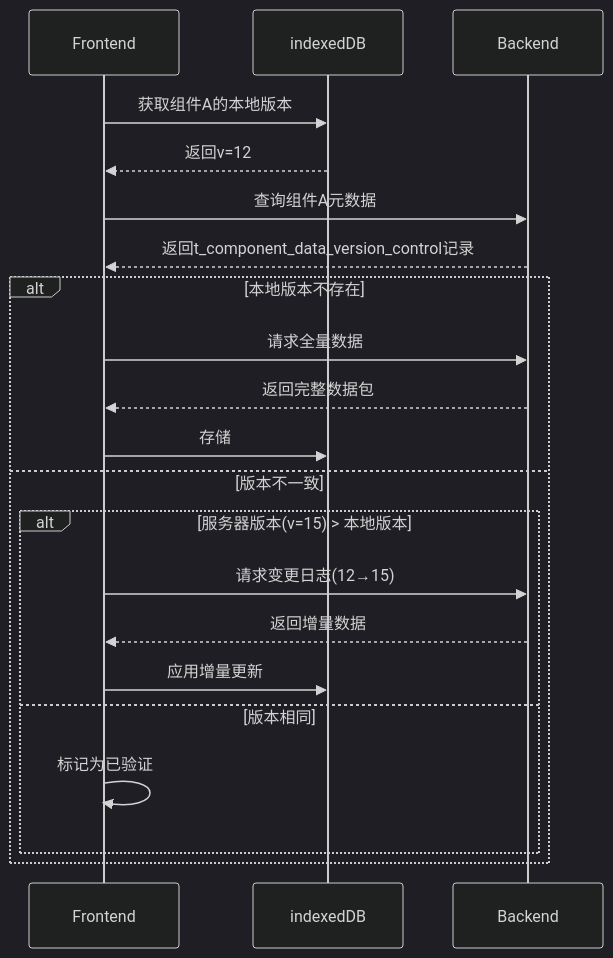
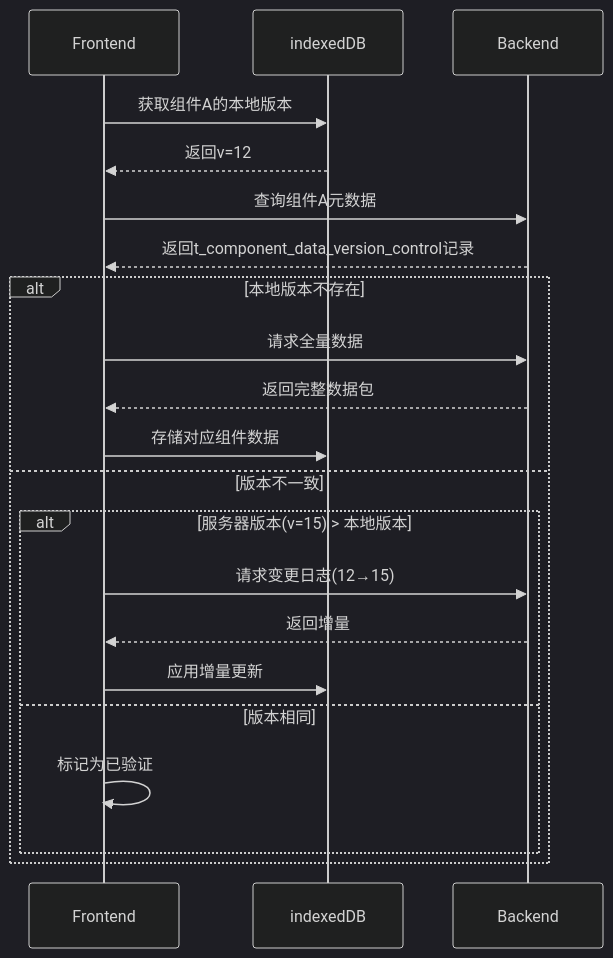
Before and after one commit to yingjianzh/iodraw-files: the diagram in all/未命名-24.md, drawn with Mermaid (dark theme).

Commit message:
2025-02-24 17:31:02 update

````diff
--- a/all/未命名-24.md
+++ b/all/未命名-24.md
@@ -1,26 +1,26 @@
 ```mermaid
 sequenceDiagram
     participant Frontend
     participant indexedDB
     participant Backend
 
     Frontend->>indexedDB: 获取组件A的本地版本
     indexedDB-->>Frontend: 返回v=12
     
     Frontend->>Backend: 查询组件A元数据
     Backend-->>Frontend: 返回t_component_data_version_control记录
     
     alt 本地版本不存在
         Frontend->>Backend: 请求全量数据
         Backend-->>Frontend: 返回完整数据包
-        Frontend->>indexedDB: 存储
+        Frontend->>indexedDB: 存储对应组件数据
     else 版本不一致
         alt 服务器版本(v=15) > 本地版本
             Frontend->>Backend: 请求变更日志(12→15)
-            Backend-->>Frontend: 返回增量数据
+            Backend-->>Frontend: 返回增量
             Frontend->>indexedDB: 应用增量更新
         else 版本相同
             Frontend->>Frontend: 标记为已验证
         end
     end
 ```
````
